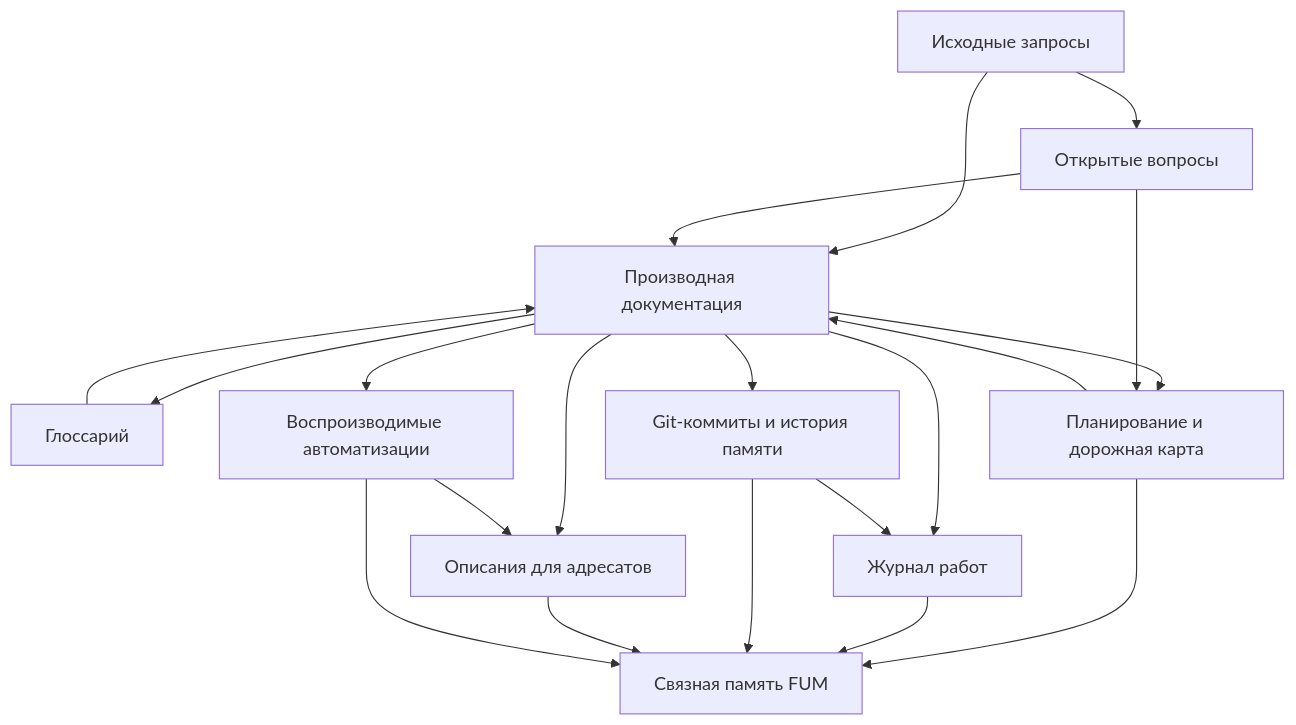
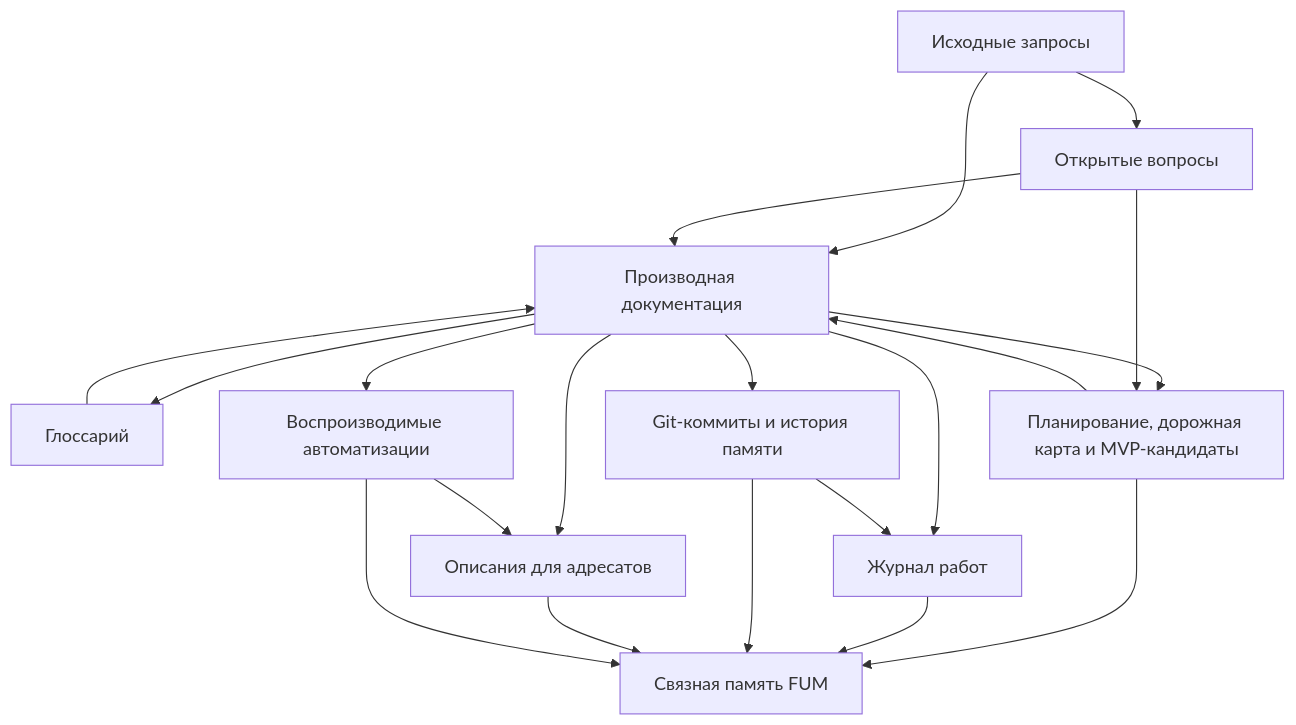
The diagram in Документация/00-обзор-проекта.md (fum-lab/fum), drawn with Mermaid before and after one commit. The commit also changed other lines of this file and 16 other files, not shown here.

First line of the commit message:
Добавить MVP-кандидаты в планирование

````diff
--- a/Документация/00-обзор-проекта.md
+++ b/Документация/00-обзор-проекта.md
@@ -101,22 +102,22 @@
 ```mermaid
 flowchart TD
     req["Исходные запросы"] --> docs["Производная документация"]
     req --> questions["Открытые вопросы"]
     docs --> glossary["Глоссарий"]
     docs --> descriptions["Описания для адресатов"]
     docs --> automations["Воспроизводимые автоматизации"]
-    docs --> planning["Планирование и дорожная карта"]
+    docs --> planning["Планирование, дорожная карта и MVP-кандидаты"]
     docs --> journal["Журнал работ"]
     questions --> planning
     planning --> docs
     automations --> descriptions
     questions --> docs
     glossary --> docs
     docs --> commits["Git-коммиты и история памяти"]
     commits --> journal
     planning --> memory
     journal --> memory
     commits --> memory["Связная память FUM"]
     descriptions --> memory
     automations --> memory
 ```
````
